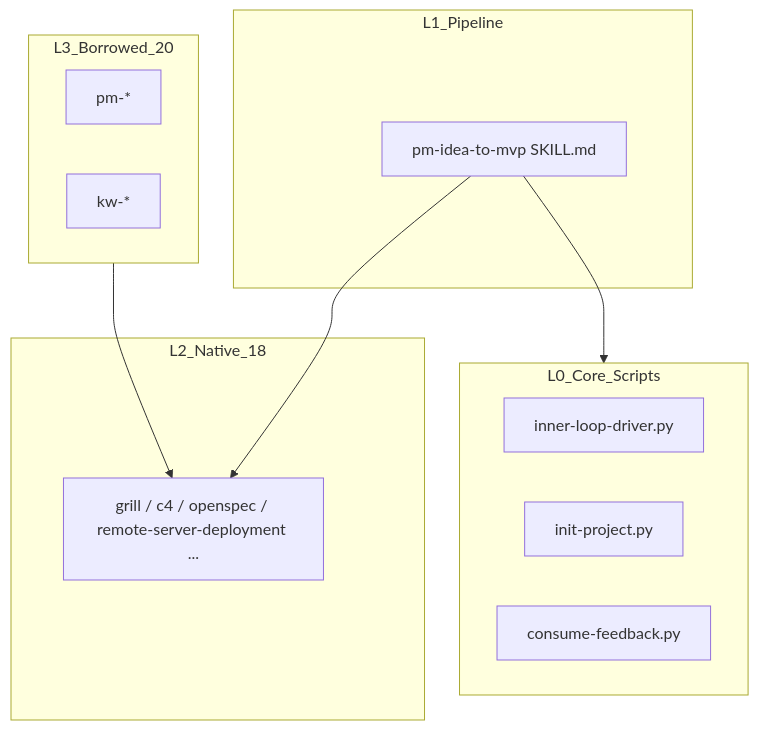
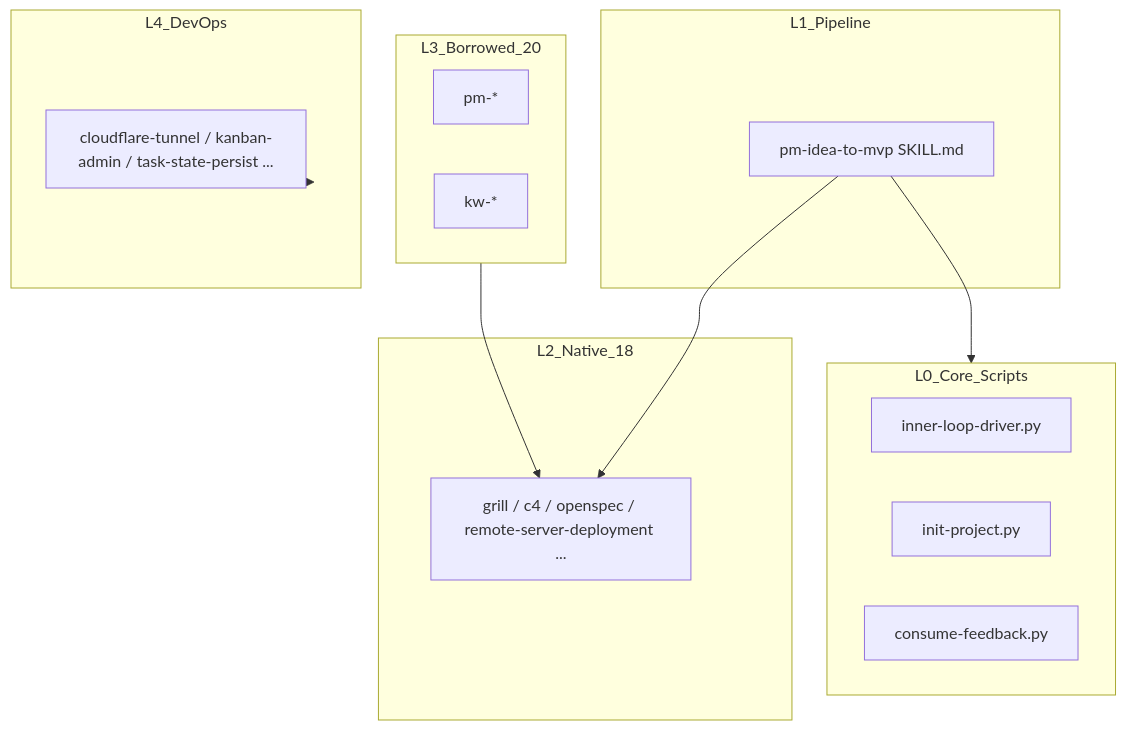
The first of 2 diagrams in README.md (ttmens/ttmens-skills), drawn with Mermaid before and after one commit. The commit also changed other lines of this file and 2 other files, not shown here.

First line of the commit message:
docs: upgrade README to v9.2.0 — 4-layer loop architecture, optimal stopping, DevOps skills section

````diff
--- a/README.md
+++ b/README.md
@@ -168,21 +184,25 @@
 ```mermaid
 flowchart TB
   subgraph L0 [L0_Core_Scripts]
     IL[inner-loop-driver.py]
     IP[init-project.py]
     CF[consume-feedback.py]
   end
   subgraph L1 [L1_Pipeline]
     PM[pm-idea-to-mvp SKILL.md]
   end
   subgraph L2 [L2_Native_18]
     Skills[grill / c4 / openspec / remote-server-deployment ...]
   end
   subgraph L3 [L3_Borrowed_20]
     Phuryn[pm-*]
     KW[kw-*]
   end
+  subgraph L4 [L4_DevOps]
+    DevOps[cloudflare-tunnel / kanban-admin / task-state-persist ...]
+  end
   PM --> Skills
   PM --> L0
   L3 --> Skills
+  L4 --> DevOps
 ```
````
